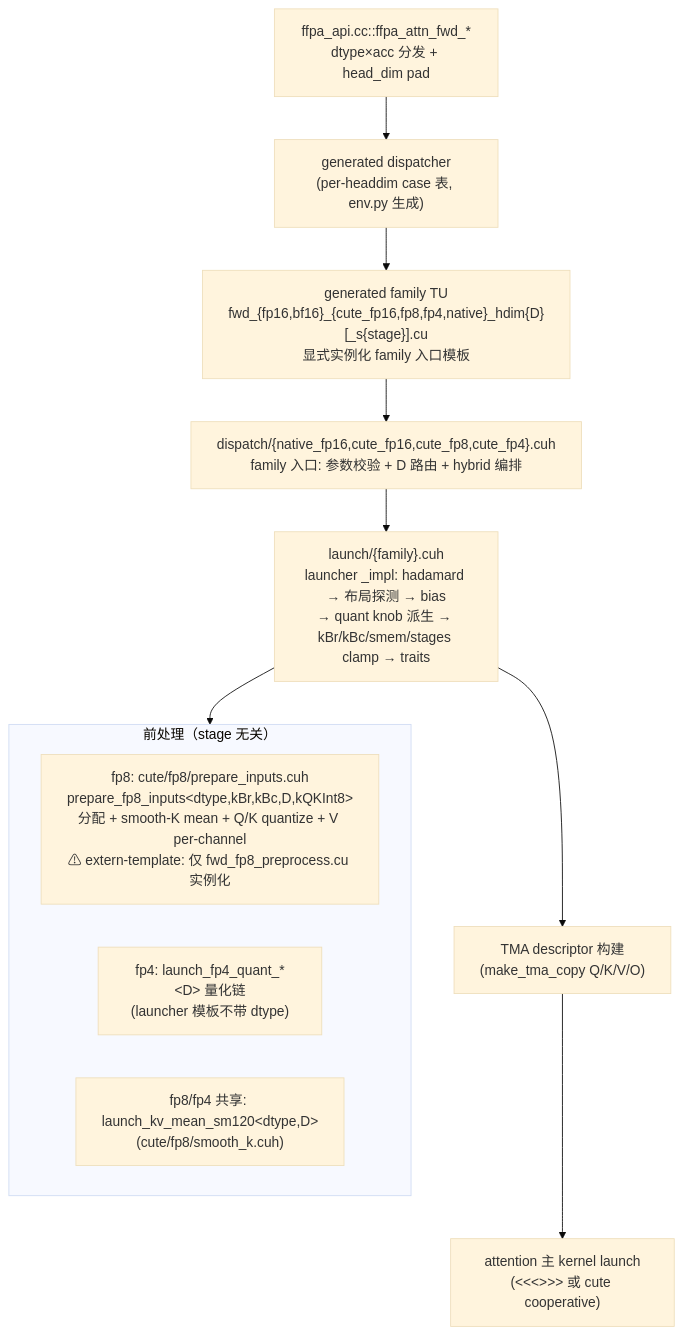
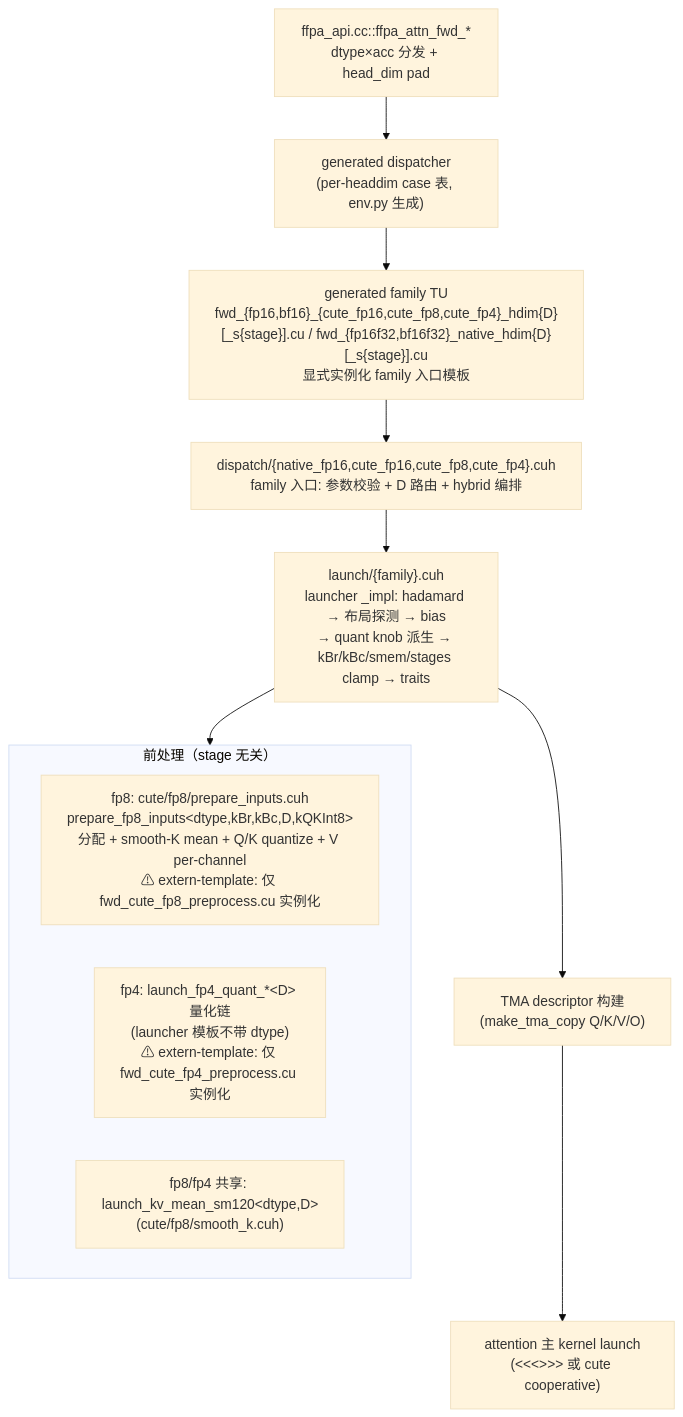
The second of 3 diagrams in .github/skills/ffpa-cuda-understand/SKILL.md (xlite-dev/ffpa-attn), drawn with Mermaid (base theme) before and after one commit. The commit also changed other lines of this file and 4 other files, not shown here.

````diff
--- a/.github/skills/ffpa-cuda-understand/SKILL.md
+++ b/.github/skills/ffpa-cuda-understand/SKILL.md
@@ -99,16 +99,16 @@
 ```mermaid
 flowchart TD
     API["ffpa_api.cc::ffpa_attn_fwd_*<br/>dtype×acc 分发 + head_dim pad"] --> GEN["generated dispatcher<br/>(per-headdim case 表, env.py 生成)"]
-    GEN --> TU["generated family TU<br/>fwd_{fp16,bf16}_{cute_fp16,fp8,fp4,native}_hdim{D}[_s{stage}].cu<br/>显式实例化 family 入口模板"]
+    GEN --> TU["generated family TU<br/>fwd_{fp16,bf16}_{cute_fp16,cute_fp8,cute_fp4}_hdim{D}[_s{stage}].cu / fwd_{fp16f32,bf16f32}_native_hdim{D}[_s{stage}].cu<br/>显式实例化 family 入口模板"]
     TU --> DISP["dispatch/{native_fp16,cute_fp16,cute_fp8,cute_fp4}.cuh<br/>family 入口: 参数校验 + D 路由 + hybrid 编排"]
     DISP --> LAUNCH["launch/{family}.cuh<br/>launcher _impl: hadamard → 布局探测 → bias<br/>→ quant knob 派生 → kBr/kBc/smem/stages clamp → traits"]
     LAUNCH --> PRE["前处理编排"]
     LAUNCH --> TMA["TMA descriptor 构建<br/>(make_tma_copy Q/K/V/O)"]
     TMA --> KERN["attention 主 kernel launch<br/>(<<<>>> 或 cute cooperative)"]
 
     subgraph PRE["前处理（stage 无关）"]
-        P1["fp8: cute/fp8/prepare_inputs.cuh<br/>prepare_fp8_inputs&lt;dtype,kBr,kBc,D,kQKInt8&gt;<br/>分配 + smooth-K mean + Q/K quantize + V per-channel<br/>⚠ extern-template: 仅 fwd_fp8_preprocess.cu 实例化"]
-        P2["fp4: launch_fp4_quant_*&lt;D&gt; 量化链<br/>(launcher 模板不带 dtype)"]
+        P1["fp8: cute/fp8/prepare_inputs.cuh<br/>prepare_fp8_inputs&lt;dtype,kBr,kBc,D,kQKInt8&gt;<br/>分配 + smooth-K mean + Q/K quantize + V per-channel<br/>⚠ extern-template: 仅 fwd_cute_fp8_preprocess.cu 实例化"]
+        P2["fp4: launch_fp4_quant_*&lt;D&gt; 量化链<br/>(launcher 模板不带 dtype)<br/>⚠ extern-template: 仅 fwd_cute_fp4_preprocess.cu 实例化"]
         P3["fp8/fp4 共享: launch_kv_mean_sm120&lt;dtype,D&gt;<br/>(cute/fp8/smooth_k.cuh)"]
     end
 ```
````
